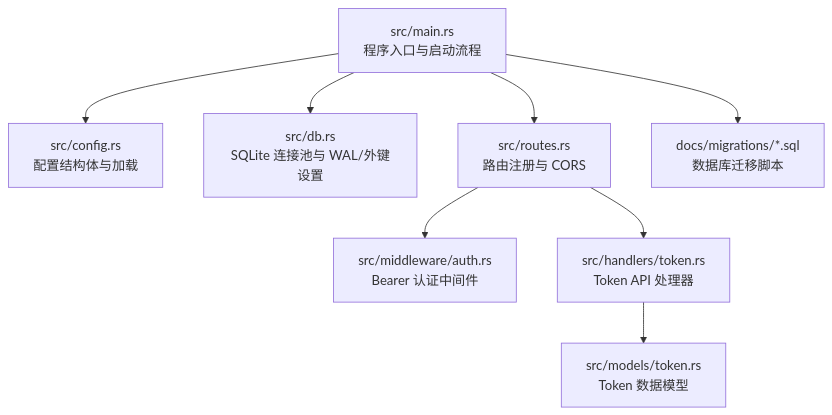
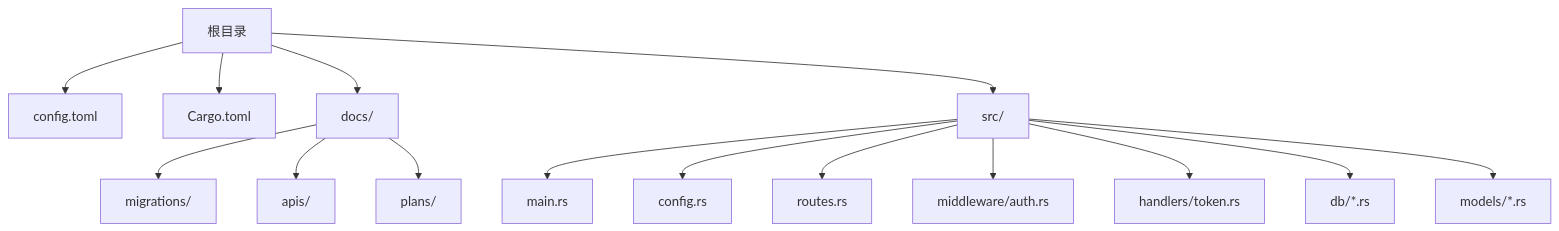
One commit to leimu-hue/AI-Trend-Tool changed the first of 3 diagrams in .qoder/repowiki/zh/content/快速开始.md. Above: the diagram before and after it, drawn with Mermaid. The commit also changed other lines of this file and 162 other files, not shown here.

````diff
--- a/.qoder/repowiki/zh/content/快速开始.md
+++ b/.qoder/repowiki/zh/content/快速开始.md
@@ -43,10 +37,17 @@
 ```mermaid
 graph TB
-A["src/main.rs<br/>程序入口与启动流程"] --> B["src/config.rs<br/>配置结构体与加载"]
-A --> C["src/db.rs<br/>SQLite 连接池与 WAL/外键设置"]
-A --> D["src/routes.rs<br/>路由注册与 CORS"]
-D --> E["src/middleware/auth.rs<br/>Bearer 认证中间件"]
-D --> F["src/handlers/token.rs<br/>Token API 处理器"]
-F --> G["src/models/token.rs<br/>Token 数据模型"]
-A --> H["docs/migrations/*.sql<br/>数据库迁移脚本"]
+A["根目录"] --> B["config.toml"]
+A --> C["Cargo.toml"]
+A --> D["docs/"]
+A --> E["src/"]
+D --> D1["migrations/"]
+D --> D2["apis/"]
+D --> D3["plans/"]
+E --> E1["main.rs"]
+E --> E2["config.rs"]
+E --> E3["routes.rs"]
+E --> E4["middleware/auth.rs"]
+E --> E5["handlers/token.rs"]
+E --> E6["db/*.rs"]
+E --> E7["models/*.rs"]
 ```
````
